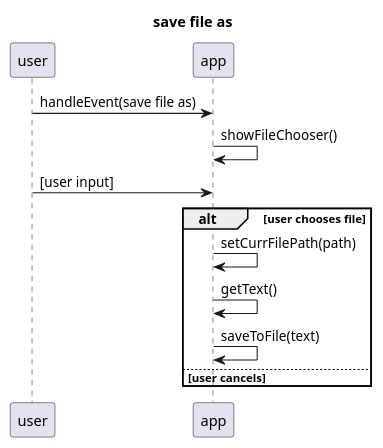
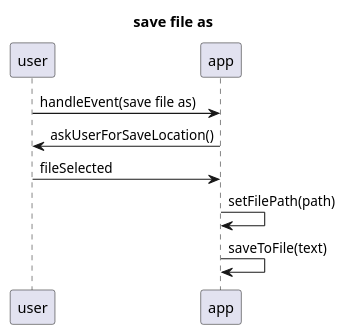
The diagram in laboration-1/src/sequence-save-file-as.puml (Joelpettersson35/design-patterns-java), drawn with PlantUML before and after one commit. The commit also changed 14 other files, not shown here.

Commit message:
design klar utom klassdiagram

```diff
--- a/laboration-1/src/sequence-save-file-as.puml
+++ b/laboration-1/src/sequence-save-file-as.puml
@@ -1,14 +1,10 @@
 @startuml
 title save file as
 participant "user" as u
 participant "app" as a
 u -> a : handleEvent(save file as)
-a -> a : showFileChooser()
-u -> a : [user input]
-alt user chooses file
-a -> a : setCurrFilePath(path)
-a -> a : getText()
+a -> u : askUserForSaveLocation()
+u -> a : fileSelected
+a -> a : setFilePath(path)
 a -> a : saveToFile(text)
-else user cancels
-end
 @enduml
```
